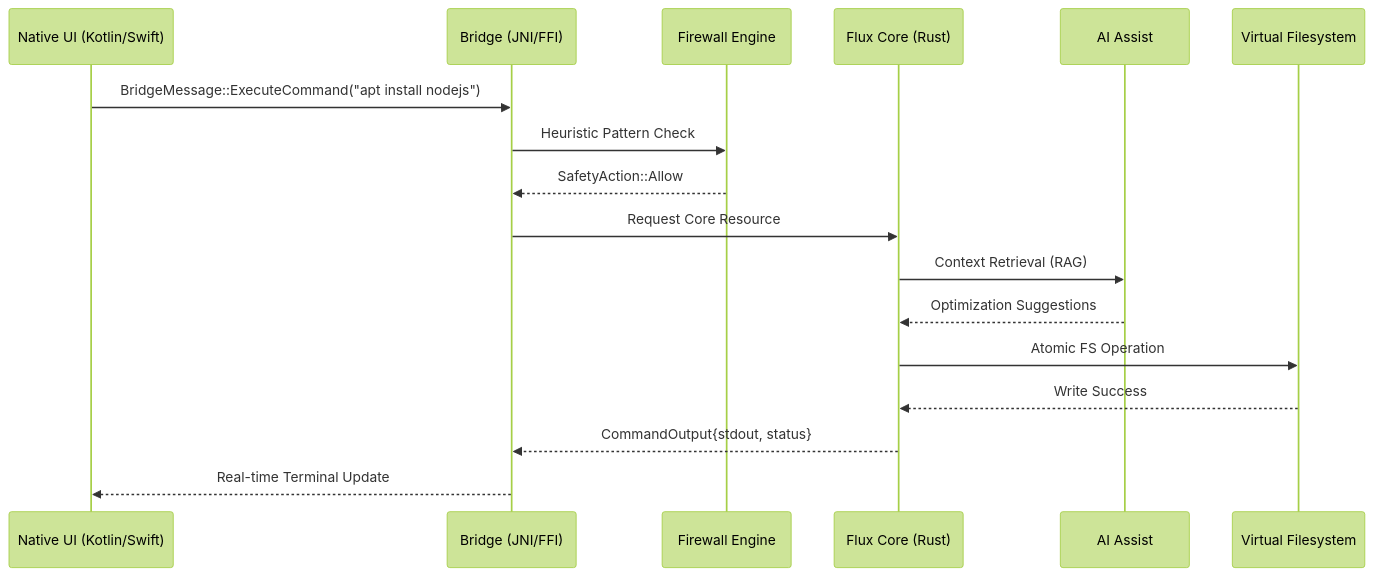
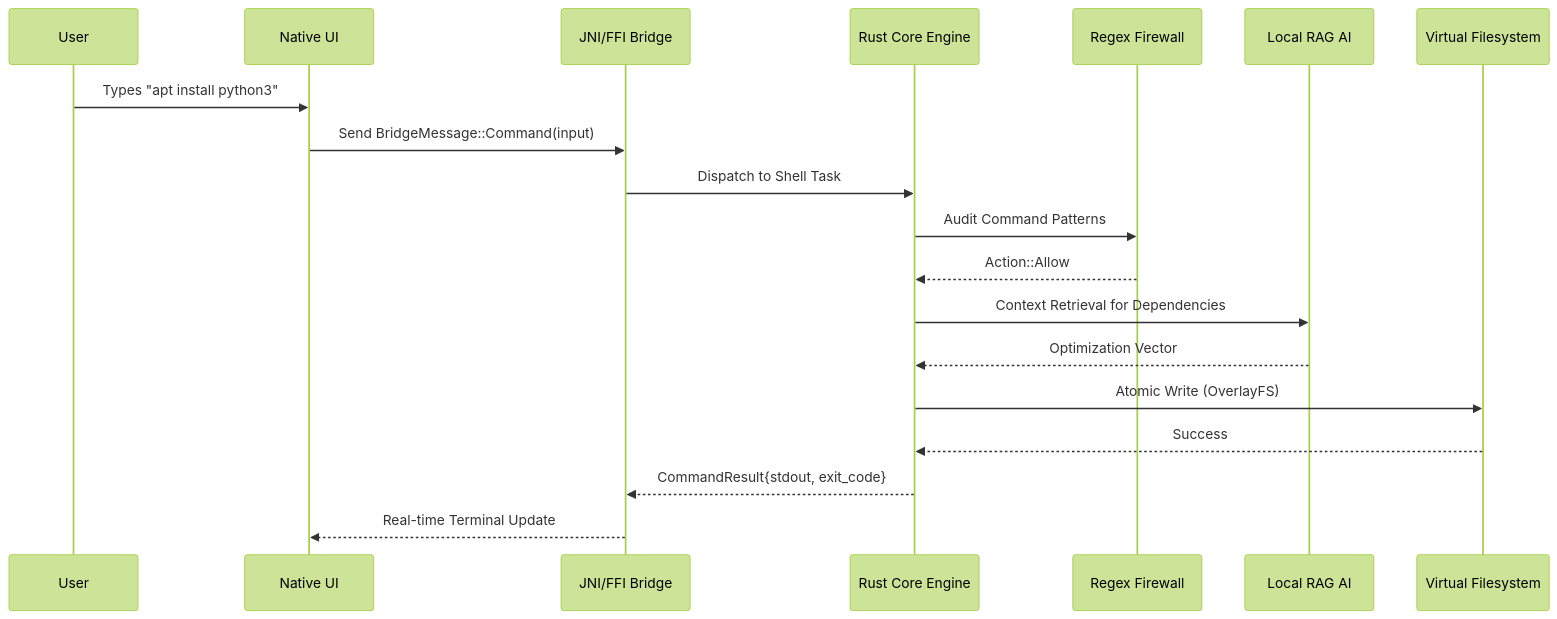
One commit to MuhammadLutfiMuzakiiVY/flux-ai-terminal changed the first of 2 diagrams in README.md. Above: the diagram before and after it, drawn with Mermaid (forest theme). The commit also changed other lines of this file and 1 other file, not shown here.

````diff
--- a/README.md
+++ b/README.md
@@ -40,20 +28,22 @@
 ```mermaid
 sequenceDiagram
-    participant UI as Native UI (Kotlin/Swift)
-    participant JNI as Bridge (JNI/FFI)
-    participant FW as Firewall Engine
-    participant Core as Flux Core (Rust)
-    participant AI as AI Assist
+    participant User
+    participant UI as Native UI
+    participant Bridge as JNI/FFI Bridge
+    participant Engine as Rust Core Engine
+    participant FW as Regex Firewall
+    participant AI as Local RAG AI
     participant VFS as Virtual Filesystem
 
-    UI->>JNI: BridgeMessage::ExecuteCommand("apt install nodejs")
-    JNI->>FW: Heuristic Pattern Check
-    FW-->>JNI: SafetyAction::Allow
-    JNI->>Core: Request Core Resource
-    Core->>AI: Context Retrieval (RAG)
-    AI-->>Core: Optimization Suggestions
-    Core->>VFS: Atomic FS Operation
-    VFS-->>Core: Write Success
-    Core-->>JNI: CommandOutput{stdout, status}
-    JNI-->>UI: Real-time Terminal Update
+    User->>UI: Types "apt install python3"
+    UI->>Bridge: Send BridgeMessage::Command(input)
+    Bridge->>Engine: Dispatch to Shell Task
+    Engine->>FW: Audit Command Patterns
+    FW-->>Engine: Action::Allow
+    Engine->>AI: Context Retrieval for Dependencies
+    AI-->>Engine: Optimization Vector
+    Engine->>VFS: Atomic Write (OverlayFS)
+    VFS-->>Engine: Success
+    Engine-->>Bridge: CommandResult{stdout, exit_code}
+    Bridge-->>UI: Real-time Terminal Update
 ```
````
